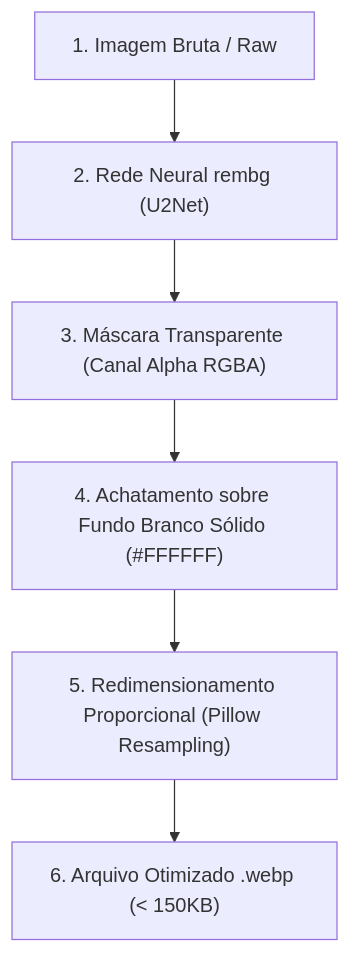
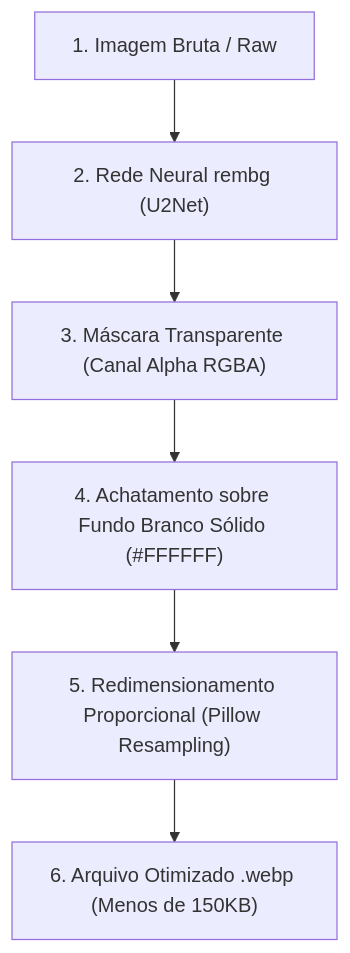
The first of 2 diagrams in docs/processamento-imagens.md (NaejBarbosa/paletscan-etl), drawn with Mermaid before and after one commit. The commit also changed other lines of this file and 5 other files, not shown here.

Commit message:
docs: converter todos os diagramas para formato vertical, adicionar espacamento de respiro e badges com links oficiais

````diff
--- a/docs/processamento-imagens.md
+++ b/docs/processamento-imagens.md
@@ -11,8 +11,8 @@
 ```mermaid
 flowchart TD
     A["1. Imagem Bruta / Raw"] --> B["2. Rede Neural rembg (U2Net)"]
     B --> C["3. Máscara Transparente (Canal Alpha RGBA)"]
     C --> D["4. Achatamento sobre Fundo Branco Sólido (#FFFFFF)"]
     D --> E["5. Redimensionamento Proporcional (Pillow Resampling)"]
-    E --> F["6. Arquivo Otimizado .webp (< 150KB)"]
+    E --> F["6. Arquivo Otimizado .webp (Menos de 150KB)"]
 ```
````
